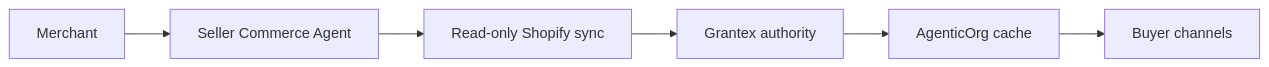
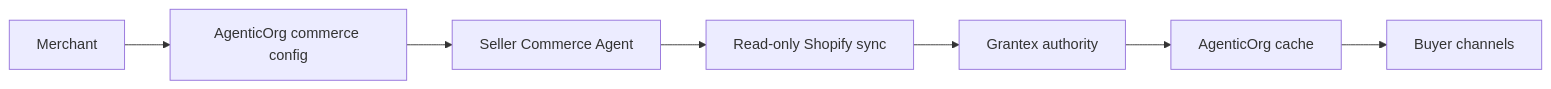
The diagram in docs/guides/oacp/explainers/shopify-to-agentic-commerce.mdx (mishrasanjeev/grantex), drawn with Mermaid before and after one commit. The commit also changed other lines of this file and 14 other files, not shown here.

````diff
--- a/docs/guides/oacp/explainers/shopify-to-agentic-commerce.mdx
+++ b/docs/guides/oacp/explainers/shopify-to-agentic-commerce.mdx
@@ -22,8 +23,9 @@
 ```mermaid
 flowchart LR
-  merchant[Merchant] --> agent[Seller Commerce Agent]
+  merchant[Merchant] --> config[AgenticOrg commerce config]
+  config --> agent[Seller Commerce Agent]
   agent --> shopify[Read-only Shopify sync]
   shopify --> grantex[Grantex authority]
   grantex --> cache[AgenticOrg cache]
   cache --> buyer[Buyer channels]
 ```
````
